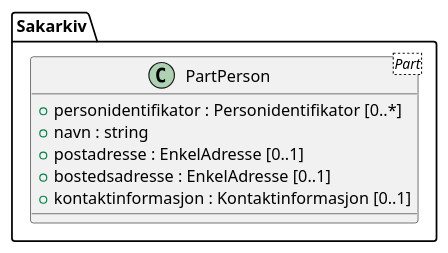
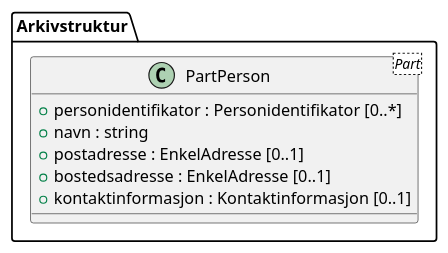
Before and after one commit to arkivverket/noark5-tjenestegrensesnitt-standard: the diagram in kapitler/media/uml-class-partperson.iuml, drawn with PlantUML. The commit also changed 17 other files, not shown here.

```diff
--- a/kapitler/media/uml-class-partperson.iuml
+++ b/kapitler/media/uml-class-partperson.iuml
@@ -1,9 +1,9 @@
 @startuml
-class Sakarkiv.PartPerson <Part> {
+class Arkivstruktur.PartPerson <Part> {
   +personidentifikator : Personidentifikator [0..*]
   +navn : string
   +postadresse : EnkelAdresse [0..1]
   +bostedsadresse : EnkelAdresse [0..1]
   +kontaktinformasjon : Kontaktinformasjon [0..1]
 }
 @enduml
```
